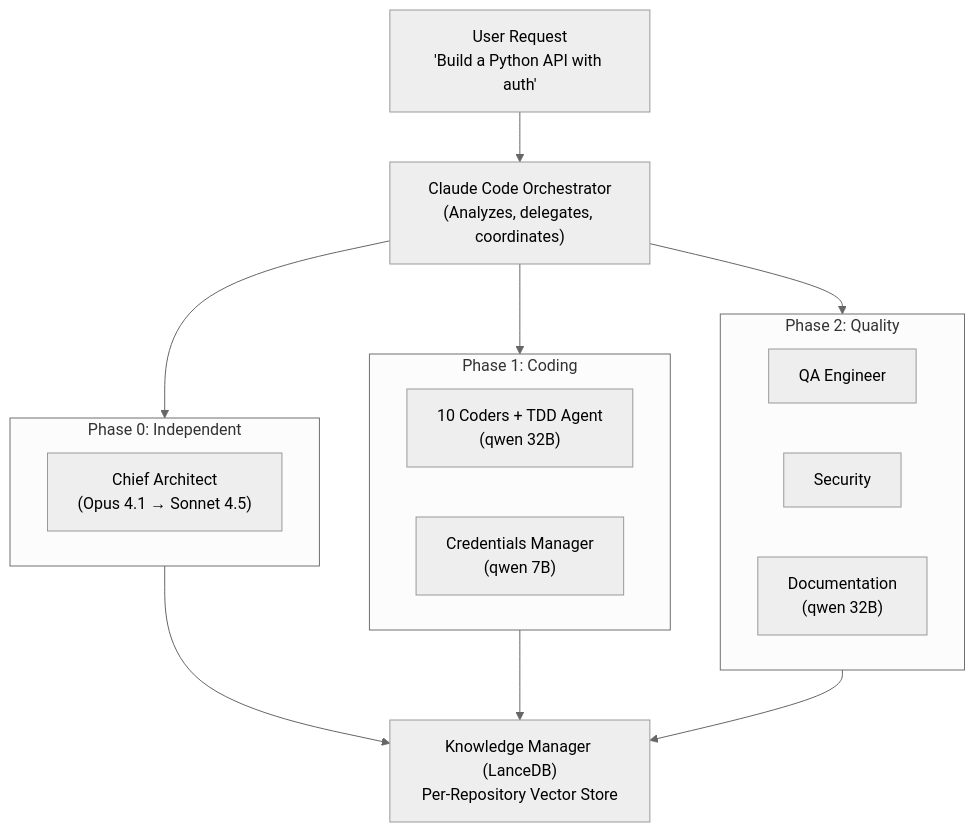
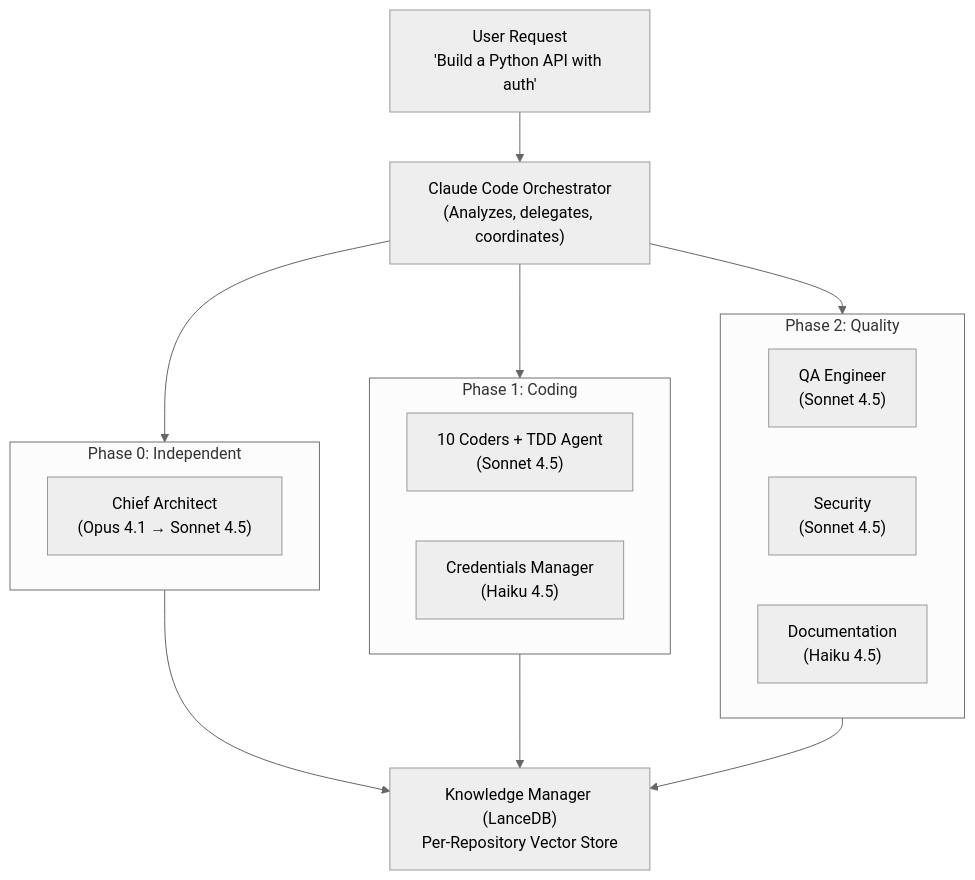
One commit to visiquate/cco changed the first of 4 diagrams in docs/TECHNICAL_OVERVIEW.md. Above: the diagram before and after it, drawn with Mermaid (neutral theme). The commit also changed other lines of this file and 46 other files, not shown here.

````diff
--- a/docs/TECHNICAL_OVERVIEW.md
+++ b/docs/TECHNICAL_OVERVIEW.md
@@ -51,32 +51,32 @@
 ```mermaid
 graph TD
     User["User Request<br/>'Build a Python API with auth'"]
     Orchestrator["Claude Code Orchestrator<br/>(Analyzes, delegates, coordinates)"]
 
     User --> Orchestrator
 
     subgraph Phase0["Phase 0: Independent"]
         Architect["Chief Architect<br/>(Opus 4.1 → Sonnet 4.5)"]
     end
 
     subgraph Phase1["Phase 1: Coding"]
-        Coders["10 Coders + TDD Agent<br/>(qwen 32B)"]
-        Creds["Credentials Manager<br/>(qwen 7B)"]
+        Coders["10 Coders + TDD Agent<br/>(Sonnet 4.5)"]
+        Creds["Credentials Manager<br/>(Haiku 4.5)"]
     end
 
     subgraph Phase2["Phase 2: Quality"]
-        QA["QA Engineer"]
-        Security["Security"]
-        Docs["Documentation<br/>(qwen 32B)"]
+        QA["QA Engineer<br/>(Sonnet 4.5)"]
+        Security["Security<br/>(Sonnet 4.5)"]
+        Docs["Documentation<br/>(Haiku 4.5)"]
     end
 
     KnowledgeMgr["Knowledge Manager (LanceDB)<br/>Per-Repository Vector Store"]
 
     Orchestrator --> Phase0
     Orchestrator --> Phase1
     Orchestrator --> Phase2
 
     Phase0 --> KnowledgeMgr
     Phase1 --> KnowledgeMgr
     Phase2 --> KnowledgeMgr
 ```
````
